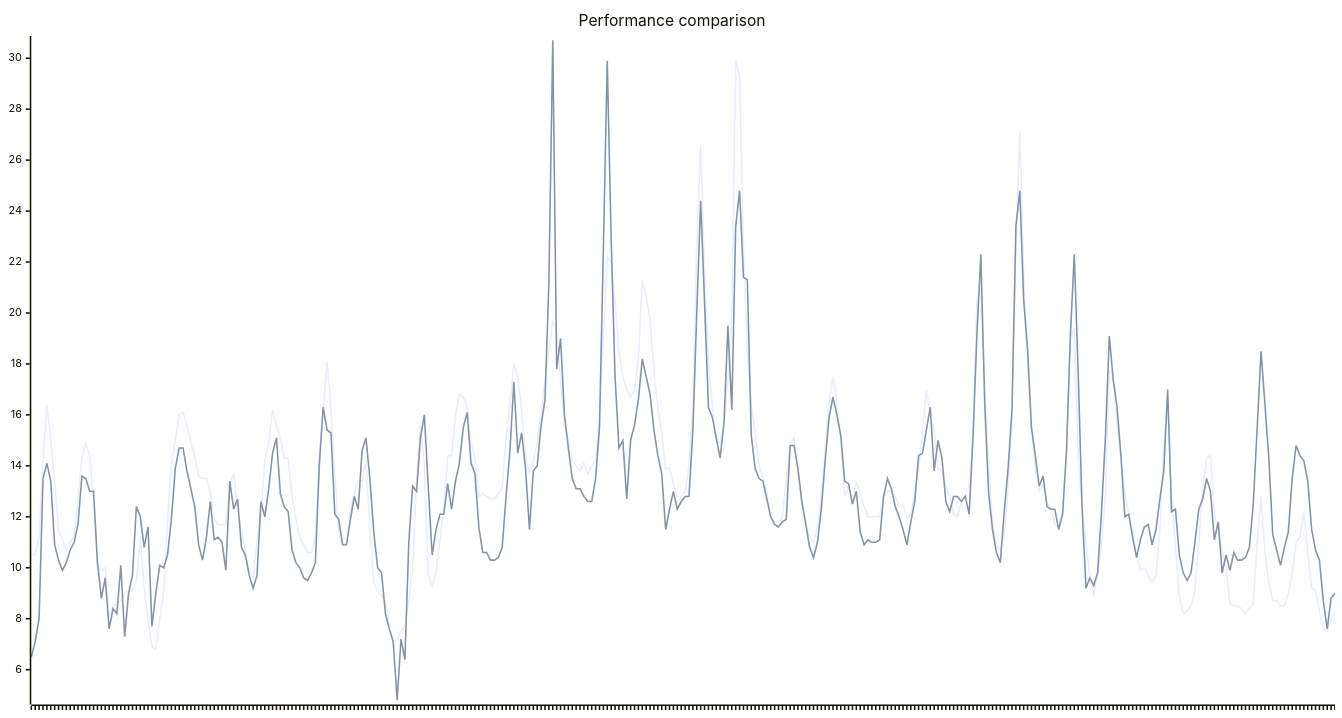
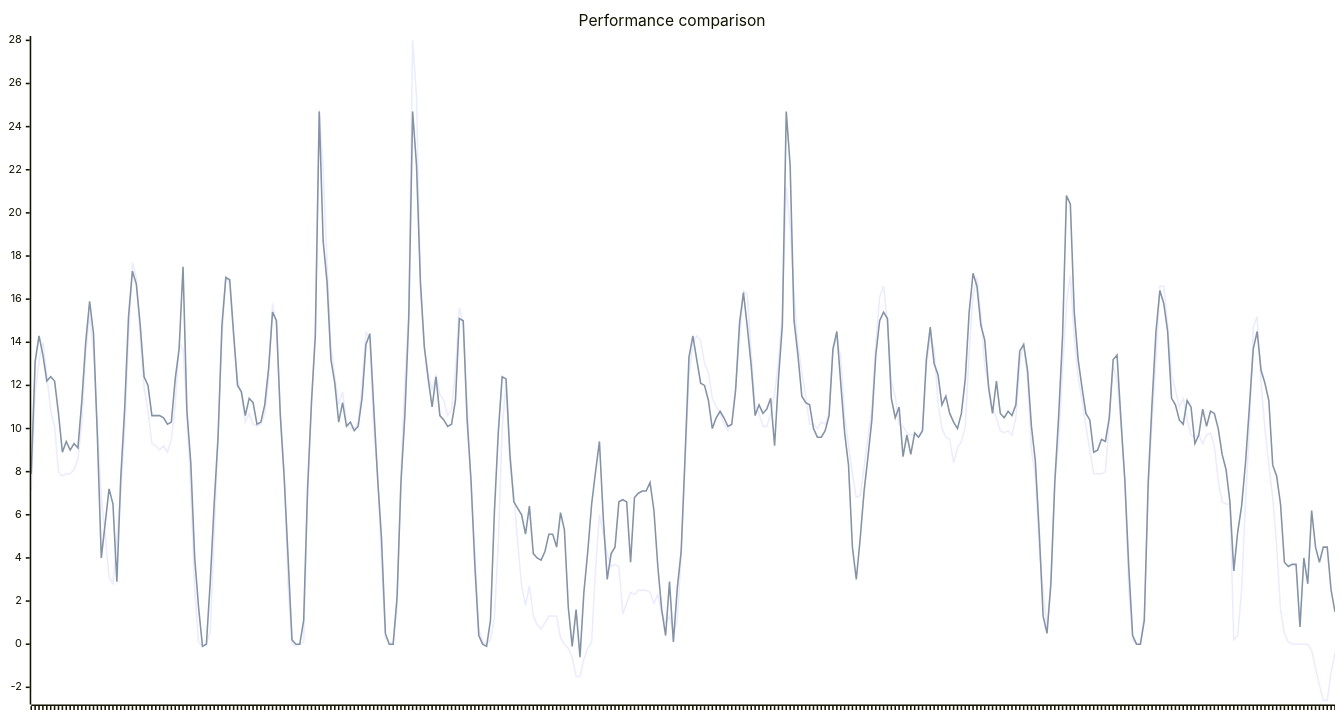
Before and after one commit to hchris1/EpexPredictor: the diagram in README.md, drawn with Mermaid. The commit also changed 1 other file, not shown here.

Commit message:
more representative graph

````diff
--- a/README.md
+++ b/README.md
@@ -54,16 +54,16 @@
 ```mermaid
 ---
 config:
     xyChart:
         width: 1700
         height: 900
         plotReservedSpacePercent: 80
         xAxis:
             showLabel: false
 ---
 xychart-beta
     title "Performance comparison"
-    x-axis [600,601,602,603,604,605,606,607,608,609,610,611,612,613,614,615,616,617,618,619,620,621,622,623,624,625,626,627,628,629,630,631,632,633,634,635,636,637,638,639,640,641,642,643,644,645,646,647,648,649,650,651,652,653,654,655,656,657,658,659,660,661,662,663,664,665,666,667,668,669,670,671,672,673,674,675,676,677,678,679,680,681,682,683,684,685,686,687,688,689,690,691,692,693,694,695,696,697,698,699,700,701,702,703,704,705,706,707,708,709,710,711,712,713,714,715,716,717,718,719,720,721,722,723,724,725,726,727,728,729,730,731,732,733,734,735,736,737,738,739,740,741,742,743,744,745,746,747,748,749,750,751,752,753,754,755,756,757,758,759,760,761,762,763,764,765,766,767,768,769,770,771,772,773,774,775,776,777,778,779,780,781,782,783,784,785,786,787,788,789,790,791,792,793,794,795,796,797,798,799,800,801,802,803,804,805,806,807,808,809,810,811,812,813,814,815,816,817,818,819,820,821,822,823,824,825,826,827,828,829,830,831,832,833,834,835,836,837,838,839,840,841,842,843,844,845,846,847,848,849,850,851,852,853,854,855,856,857,858,859,860,861,862,863,864,865,866,867,868,869,870,871,872,873,874,875,876,877,878,879,880,881,882,883,884,885,886,887,888,889,890,891,892,893,894,895,896,897,898,899,900,901,902,903,904,905,906,907,908,909,910,911,912,913,914,915,916,917,918,919,920,921,922,923,924,925,926,927,928,929,930,931,932,933,934,935]
-    line [10.5,10.5,11.2,14.2,16.4,15.0,13.4,11.5,11.1,10.7,11.0,11.2,12.7,14.3,14.9,14.4,12.7,10.0,9.9,10.0,8.1,8.5,8.6,8.7,9.0,9.1,9.1,9.5,11.1,9.3,7.9,6.9,6.8,8.0,9.0,11.8,14.1,15.0,16.0,16.1,15.6,14.9,14.4,13.6,13.5,13.5,13.0,11.9,11.7,11.7,11.7,13.3,13.7,12.4,11.5,10.6,9.9,9.6,11.0,12.0,14.2,14.9,16.2,15.6,15.1,14.3,14.3,12.8,11.9,11.2,10.9,10.6,10.6,11.2,14.5,16.2,18.1,16.3,13.6,11.5,10.9,11.0,12.3,12.9,13.4,13.4,14.2,11.5,9.4,9.1,8.9,8.7,7.7,7.1,7.2,7.5,7.7,8.7,10.0,13.5,15.6,14.1,9.7,9.3,9.8,11.1,12.3,14.4,14.4,16.0,16.8,16.7,16.3,14.9,14.3,12.8,12.9,12.8,12.7,12.7,12.9,13.1,15.1,16.4,18.0,17.5,16.2,14.4,13.7,14.2,14.9,16.0,17.3,18.5,19.7,19.3,17.4,15.6,15.0,14.2,14.0,13.8,14.1,13.7,14.0,14.2,16.0,19.0,22.2,22.0,20.4,18.5,17.5,17.0,16.7,17.0,18.2,21.3,20.7,19.7,17.7,16.3,15.3,13.9,13.9,13.3,12.8,12.8,13.0,14.0,16.3,22.7,26.6,21.5,18.1,16.3,15.0,14.9,15.6,17.5,20.0,29.9,29.3,22.6,18.4,16.4,15.3,14.0,13.5,13.0,12.0,11.8,11.8,12.0,13.4,14.9,15.1,13.7,12.5,11.8,11.2,11.0,11.6,12.9,14.6,16.5,17.5,16.5,15.0,12.8,13.2,12.5,13.4,12.9,12.4,12.0,12.0,12.0,12.0,12.8,13.0,13.0,12.8,12.4,12.5,11.9,12.1,13.0,13.8,15.4,17.0,16.0,15.4,13.9,13.8,13.2,12.8,12.1,12.0,12.6,12.9,13.2,15.3,20.5,21.0,17.1,14.0,11.7,10.9,10.7,11.2,13.2,15.9,22.3,27.1,21.5,17.8,15.5,13.9,13.0,13.3,12.5,12.4,11.7,11.6,12.2,14.4,19.0,19.4,14.4,12.4,11.0,9.6,8.9,9.8,11.0,12.8,17.8,17.4,15.6,14.2,12.9,12.2,11.4,10.5,9.9,10.0,9.7,9.4,9.7,11.5,14.9,16.6,12.9,10.8,8.9,8.2,8.3,8.5,9.1,11.0,13.1,14.3,14.4,12.1,11.4,10.7,10.0,8.6,8.5,8.5,8.4,8.2,8.4,8.6,11.0,12.8,10.6,9.4,8.7,8.7,8.5,8.5,9.0,9.8,11.0,11.2,12.2,10.6,9.2,9.1,8.3,7.6,7.5,8.0,8.3]
-    line [6.5,7.1,8.0,13.5,14.1,13.4,10.9,10.3,9.9,10.2,10.7,11.0,11.7,13.6,13.5,13.0,13.0,10.2,8.8,9.6,7.6,8.4,8.2,10.1,7.3,9.0,9.7,12.4,12.0,10.8,11.6,7.7,9.0,10.1,10.0,10.5,11.9,13.9,14.7,14.7,13.8,13.1,12.4,10.9,10.3,11.2,12.6,11.1,11.2,11.0,9.9,13.4,12.3,12.7,10.8,10.5,9.7,9.2,9.7,12.6,12.0,13.1,14.5,15.1,12.9,12.4,12.2,10.7,10.2,10.0,9.6,9.5,9.8,10.2,14.0,16.3,15.4,15.3,12.1,11.9,10.9,10.9,11.9,12.8,12.3,14.6,15.1,13.5,11.4,10.0,9.8,8.2,7.6,7.1,4.8,7.2,6.4,11.0,13.2,13.0,15.1,16.0,13.2,10.5,11.5,12.1,12.1,13.3,12.3,13.4,14.1,15.5,16.1,14.1,13.7,11.6,10.6,10.6,10.3,10.3,10.4,10.8,12.8,14.6,17.3,14.5,15.3,13.9,11.5,13.8,14.0,15.6,16.6,21.2,30.7,17.8,19.0,16.0,14.7,13.5,13.1,13.1,12.8,12.6,12.6,13.5,15.5,22.5,29.9,22.9,17.5,14.7,15.0,12.7,15.0,15.6,16.6,18.2,17.5,16.8,15.4,14.4,13.7,11.5,12.3,13.0,12.3,12.6,12.8,12.8,15.4,20.0,24.4,20.4,16.3,15.9,15.1,14.3,15.7,19.5,16.2,23.4,24.8,21.4,21.3,15.2,13.9,13.5,13.4,12.7,12.0,11.7,11.6,11.8,11.9,14.8,14.8,13.9,12.6,11.7,10.8,10.4,11.0,12.3,14.2,15.9,16.7,16.0,15.2,13.4,13.3,12.5,13.0,11.4,10.9,11.1,11.0,11.0,11.1,12.8,13.5,13.1,12.4,12.0,11.5,10.9,11.8,12.6,14.4,14.5,15.4,16.3,13.8,15.0,14.3,12.6,12.2,12.8,12.8,12.6,12.8,12.1,15.2,19.2,22.3,16.4,12.9,11.5,10.6,10.2,12.2,13.9,16.2,23.4,24.8,20.5,18.6,15.5,14.4,13.2,13.6,12.4,12.3,12.3,11.5,12.1,14.6,19.1,22.3,17.7,12.4,9.2,9.6,9.3,9.8,12.2,15.1,19.1,17.4,16.3,14.4,12.0,12.1,11.2,10.4,11.1,11.6,11.7,10.9,11.5,12.7,13.8,17.0,12.2,12.3,10.5,9.8,9.5,9.8,11.0,12.3,12.7,13.5,13.0,11.1,11.8,9.8,10.5,9.9,10.6,10.3,10.3,10.4,10.8,12.5,15.5,18.5,16.4,14.3,11.3,10.7,10.1,10.8,11.4,13.5,14.8,14.4,14.2,13.4,11.5,10.7,10.3,8.7,7.6,8.8,9.0]
+    x-axis [1500,1501,1502,1503,1504,1505,1506,1507,1508,1509,1510,1511,1512,1513,1514,1515,1516,1517,1518,1519,1520,1521,1522,1523,1524,1525,1526,1527,1528,1529,1530,1531,1532,1533,1534,1535,1536,1537,1538,1539,1540,1541,1542,1543,1544,1545,1546,1547,1548,1549,1550,1551,1552,1553,1554,1555,1556,1557,1558,1559,1560,1561,1562,1563,1564,1565,1566,1567,1568,1569,1570,1571,1572,1573,1574,1575,1576,1577,1578,1579,1580,1581,1582,1583,1584,1585,1586,1587,1588,1589,1590,1591,1592,1593,1594,1595,1596,1597,1598,1599,1600,1601,1602,1603,1604,1605,1606,1607,1608,1609,1610,1611,1612,1613,1614,1615,1616,1617,1618,1619,1620,1621,1622,1623,1624,1625,1626,1627,1628,1629,1630,1631,1632,1633,1634,1635,1636,1637,1638,1639,1640,1641,1642,1643,1644,1645,1646,1647,1648,1649,1650,1651,1652,1653,1654,1655,1656,1657,1658,1659,1660,1661,1662,1663,1664,1665,1666,1667,1668,1669,1670,1671,1672,1673,1674,1675,1676,1677,1678,1679,1680,1681,1682,1683,1684,1685,1686,1687,1688,1689,1690,1691,1692,1693,1694,1695,1696,1697,1698,1699,1700,1701,1702,1703,1704,1705,1706,1707,1708,1709,1710,1711,1712,1713,1714,1715,1716,1717,1718,1719,1720,1721,1722,1723,1724,1725,1726,1727,1728,1729,1730,1731,1732,1733,1734,1735,1736,1737,1738,1739,1740,1741,1742,1743,1744,1745,1746,1747,1748,1749,1750,1751,1752,1753,1754,1755,1756,1757,1758,1759,1760,1761,1762,1763,1764,1765,1766,1767,1768,1769,1770,1771,1772,1773,1774,1775,1776,1777,1778,1779,1780,1781,1782,1783,1784,1785,1786,1787,1788,1789,1790,1791,1792,1793,1794,1795,1796,1797,1798,1799,1800,1801,1802,1803,1804,1805,1806,1807,1808,1809,1810,1811,1812,1813,1814,1815,1816,1817,1818,1819,1820,1821,1822,1823,1824,1825,1826,1827,1828,1829,1830,1831,1832,1833,1834,1835]
+    line [7.1,11.7,13.1,14.0,12.5,10.8,10.1,8.0,7.8,7.9,7.9,8.1,8.6,10.3,13.5,15.3,13.5,10.1,6.8,5.1,3.1,2.8,5.0,7.0,9.9,14.3,17.7,17.0,14.2,11.9,10.8,9.3,9.2,9.0,9.2,8.9,9.5,11.1,13.9,13.7,10.7,7.2,2.5,0.1,-0.1,-0.0,0.6,5.0,9.6,14.1,17.1,16.7,14.2,12.3,11.6,10.3,10.7,10.2,10.1,10.2,10.7,12.3,15.8,14.8,10.8,8.0,2.7,-0.0,-0.1,-0.0,0.1,6.7,11.0,14.8,24.8,22.0,17.7,13.8,12.4,11.1,11.7,10.3,10.0,10.0,10.3,12.0,14.5,14.1,10.0,7.9,3.8,0.3,0.0,0.1,1.7,7.9,12.1,15.5,28.0,25.4,16.4,13.7,12.5,11.8,12.5,11.6,11.3,10.6,10.9,12.7,15.6,14.8,11.1,7.3,4.3,0.7,0.1,0.0,0.2,1.2,4.6,10.0,12.1,8.3,7.0,4.7,2.7,1.8,2.7,1.3,0.9,0.7,1.0,1.3,1.3,1.3,0.3,0.0,-0.2,-0.6,-1.5,-1.5,-0.7,-0.2,0.1,3.5,6.0,5.1,4.2,3.6,3.7,3.6,1.4,1.9,2.4,2.3,2.5,2.5,2.5,2.4,1.9,2.3,1.4,1.0,1.3,0.5,1.1,4.2,8.4,12.4,14.0,14.3,14.1,13.0,12.6,11.4,11.0,10.7,10.2,9.9,10.2,12.0,14.2,16.4,16.2,13.5,11.1,10.7,10.1,10.1,10.7,11.6,13.1,15.4,21.2,19.3,16.2,13.9,12.6,11.5,10.2,10.2,10.0,10.3,10.2,10.7,13.6,14.2,13.3,10.6,9.2,7.9,6.8,6.9,8.2,9.6,10.9,13.9,16.1,16.6,14.9,12.2,11.5,10.2,10.1,9.8,9.7,9.7,9.6,9.9,12.9,14.2,13.7,11.2,10.0,9.6,9.5,8.4,9.1,9.4,10.1,13.5,16.2,17.0,15.3,12.9,12.0,10.9,10.5,9.9,9.8,9.9,9.7,10.5,13.0,14.0,12.3,9.0,7.8,4.5,2.5,0.7,3.0,7.5,9.4,12.7,15.8,17.1,14.2,12.4,11.3,10.1,9.0,7.9,7.9,7.9,8.0,10.4,12.9,12.2,10.2,7.6,2.6,0.2,-0.0,-0.0,1.4,7.0,10.4,13.2,16.6,16.6,14.8,12.5,11.8,11.0,11.4,10.4,9.7,9.6,9.7,9.3,9.7,9.8,9.2,7.6,6.6,6.5,6.5,0.2,0.4,2.5,6.6,10.0,14.7,15.2,12.1,10.0,8.3,6.8,4.6,1.6,0.5,0.1,0.0,0.0,0.0,-0.0,-0.0,-0.3,-1.1,-1.9,-2.6,-2.6,-1.3,-0.4]
+    line [7.9,13.1,14.3,13.4,12.2,12.4,12.2,10.7,8.9,9.4,9.0,9.3,9.1,11.3,14.0,15.9,14.4,9.6,4.0,5.6,7.2,6.5,2.9,7.7,10.9,15.2,17.3,16.7,14.8,12.4,12.0,10.6,10.6,10.6,10.5,10.2,10.3,12.3,13.7,17.5,10.8,8.4,4.0,1.7,-0.1,0.0,2.9,6.5,9.6,14.8,17.0,16.9,14.4,12.0,11.7,10.6,11.4,11.2,10.2,10.3,11.1,12.8,15.4,15.0,10.6,7.7,4.0,0.2,-0.0,0.0,1.1,7.2,11.2,14.3,24.7,18.7,16.8,13.2,12.1,10.3,11.2,10.1,10.3,9.9,10.1,11.4,13.9,14.4,11.0,7.7,4.9,0.5,-0.0,0.0,2.2,7.5,10.6,15.1,24.7,22.2,16.8,13.8,12.3,11.0,12.4,10.6,10.4,10.1,10.2,11.3,15.1,15.0,10.4,7.6,3.6,0.4,0.0,-0.1,1.1,6.1,9.8,12.4,12.3,8.8,6.6,6.3,6.0,5.1,6.4,4.2,4.0,3.9,4.3,5.1,5.1,4.5,6.1,5.3,1.7,-0.1,1.6,-0.6,2.4,4.3,6.5,8.0,9.4,5.8,3.0,4.2,4.5,6.6,6.7,6.6,3.8,6.8,7.0,7.1,7.1,7.5,6.2,3.6,1.6,0.4,2.9,0.1,2.6,4.3,8.7,13.3,14.3,13.2,12.1,12.0,11.3,10.0,10.5,10.8,10.5,10.1,10.2,11.8,14.9,16.3,14.7,12.9,10.6,11.1,10.7,10.9,11.4,9.2,12.3,14.8,24.7,22.2,15.0,13.4,11.5,11.2,11.1,10.0,9.6,9.6,9.9,10.6,13.7,14.5,12.1,9.8,8.3,4.5,3.0,4.9,7.1,8.7,10.4,13.4,15.0,15.4,15.1,11.4,10.5,11.0,8.7,9.7,8.8,9.8,9.6,9.9,13.2,14.7,13.0,12.5,11.1,11.5,10.7,10.3,10.0,10.7,12.3,15.4,17.2,16.6,14.8,14.1,11.9,10.7,12.2,10.7,10.5,10.8,10.6,11.1,13.6,13.9,12.7,10.1,8.5,5.2,1.3,0.5,2.8,7.5,10.6,14.3,20.8,20.4,15.4,13.2,11.9,10.7,10.4,8.9,9.0,9.5,9.4,10.5,13.2,13.4,10.4,7.6,3.6,0.4,-0.0,0.0,1.1,7.5,11.2,14.5,16.4,15.8,14.5,11.4,11.1,10.4,10.2,11.3,11.0,9.3,9.7,10.9,10.1,10.8,10.7,10.0,8.8,8.1,6.6,3.4,5.2,6.4,8.4,11.0,13.7,14.5,12.7,12.1,11.3,8.3,7.8,6.5,3.8,3.6,3.7,3.7,0.8,4.0,2.8,6.2,4.5,3.8,4.5,4.5,2.5,1.5]
 ```
````
